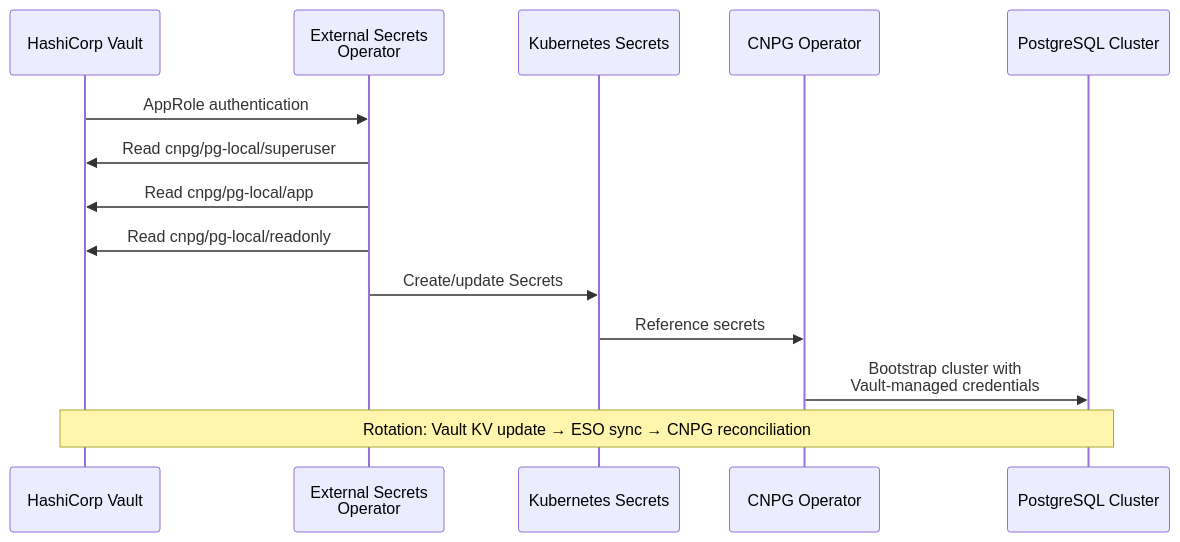
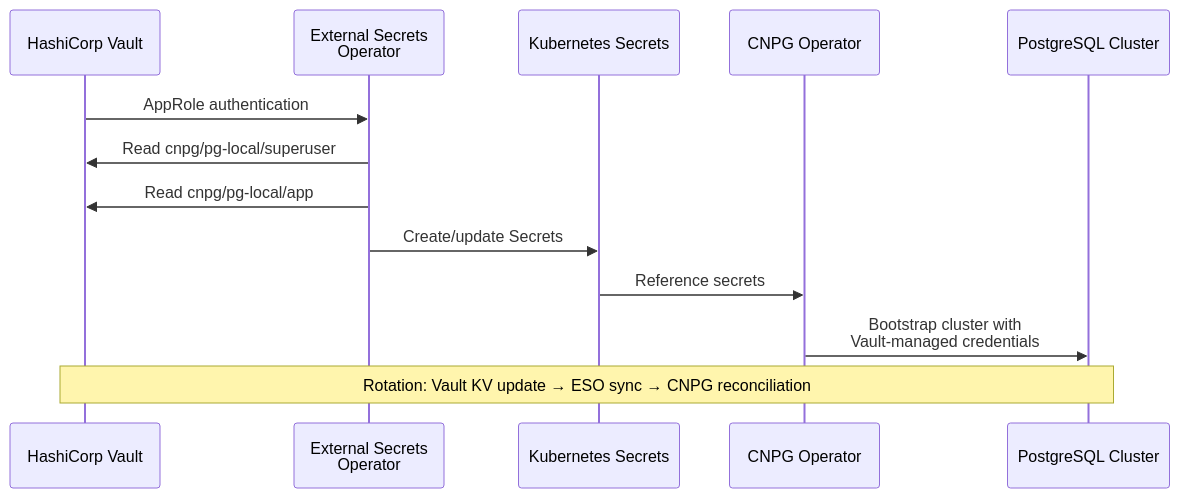
One commit to rmlandvreugd/cnpg-playground changed the eighth of 9 diagrams in docs/architecture-overview.md. Above: the diagram before and after it, drawn with Mermaid. The commit also changed other lines of this file, not shown here.

First line of the commit message:
docs: sync architecture-overview to live deployment

````diff
--- a/docs/architecture-overview.md
+++ b/docs/architecture-overview.md
@@ -273,18 +279,17 @@
 ```mermaid
 sequenceDiagram
     participant Vault as HashiCorp Vault
     participant ESO as External Secrets<br/>Operator
     participant K8s as Kubernetes Secrets
     participant CNPG as CNPG Operator
     participant PG as PostgreSQL Cluster
 
     Vault->>ESO: AppRole authentication
     ESO->>Vault: Read cnpg/pg-local/superuser
     ESO->>Vault: Read cnpg/pg-local/app
-    ESO->>Vault: Read cnpg/pg-local/readonly
     ESO->>K8s: Create/update Secrets
     K8s->>CNPG: Reference secrets
     CNPG->>PG: Bootstrap cluster with<br/>Vault-managed credentials
 
     Note over Vault,PG: Rotation: Vault KV update → ESO sync → CNPG reconciliation
 ```
````
